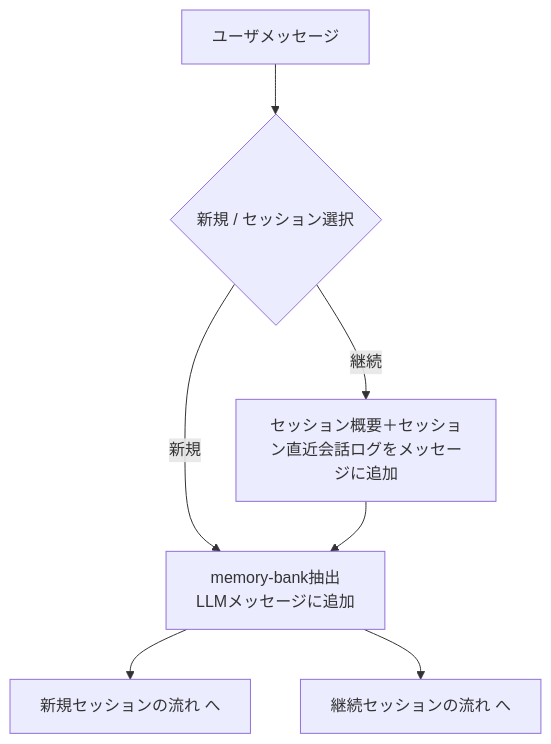
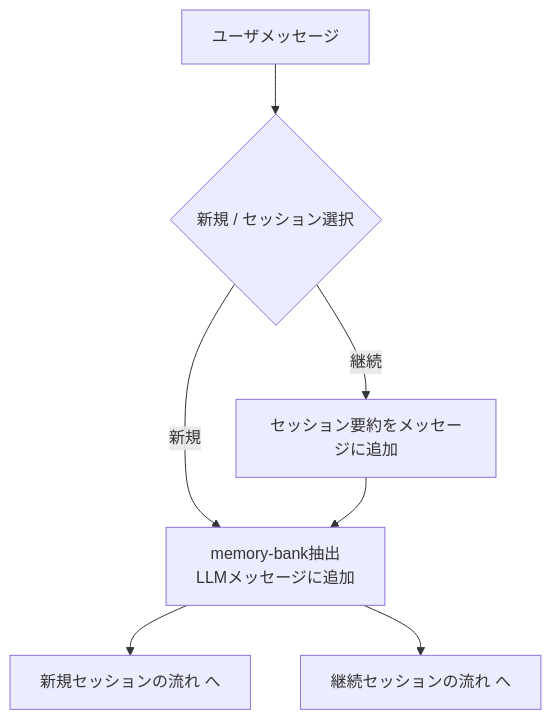
The second of 5 diagrams in flow.md (UmemotoLab/ai-assistant-with-audio), drawn with Mermaid before and after one commit. The commit also changed other lines of this file and 2 other files, not shown here.

Commit message:
feat: Update README and implementation plan to include GEMINI_TTS_MODEL and enhance flow details

````diff
--- a/flow.md
+++ b/flow.md
@@ -10,11 +35,11 @@
 ```mermaid
 flowchart TD
     A[ユーザメッセージ]
     A --> B{新規 / セッション選択}
     B -- 新規 --> X[memory-bank抽出
     LLMメッセージに追加]
     X --> C[新規セッションの流れ へ]
-    B -- 継続 --> D[セッション概要＋セッション直近会話ログをメッセージに追加]
+    B -- 継続 --> D[セッション要約をメッセージに追加]
     D --> X
     X --> E[継続セッションの流れ へ]
 ```
````
